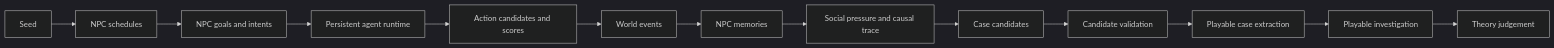
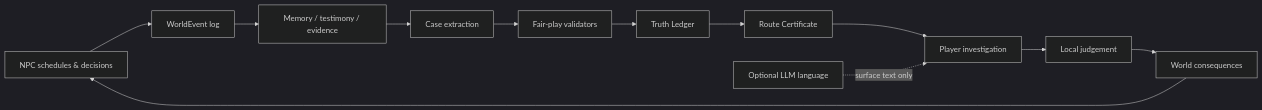
The diagram in README.md (wangyufanshuai/detective-novel-lab), drawn with Mermaid (dark theme) before and after one commit. The commit also changed other lines of this file and 386 other files, not shown here.

````diff
--- a/README.md
+++ b/README.md
@@ -424,15 +116,14 @@
 ```mermaid
 flowchart LR
-  A["Seed"] --> B["NPC schedules"]
-  B --> C["NPC goals and intents"]
-  C --> D["Persistent agent runtime"]
-  D --> E["Action candidates and scores"]
-  E --> F["World events"]
-  F --> G["NPC memories"]
-  G --> H["Social pressure and causal trace"]
-  H --> I["Case candidates"]
-  I --> J["Candidate validation"]
-  J --> K["Playable case extraction"]
-  K --> L["Playable investigation"]
-  L --> M["Theory judgement"]
+    S[NPC schedules & decisions] --> E[WorldEvent log]
+    E --> M[Memory / testimony / evidence]
+    M --> X[Case extraction]
+    X --> F[Fair-play validators]
+    F --> T[Truth Ledger]
+    T --> R[Route Certificate]
+    R --> P[Player investigation]
+    P --> J[Local judgement]
+    J --> C[World consequences]
+    C --> S
+    L[Optional LLM language] -. surface text only .-> P
 ```
````
